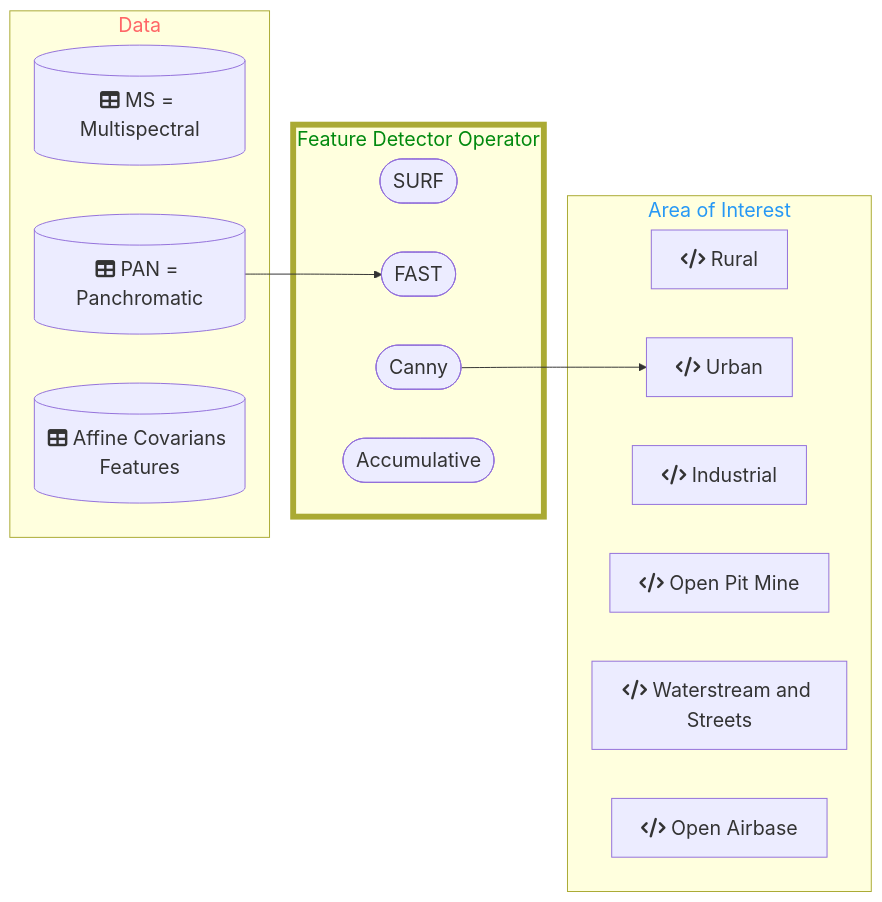
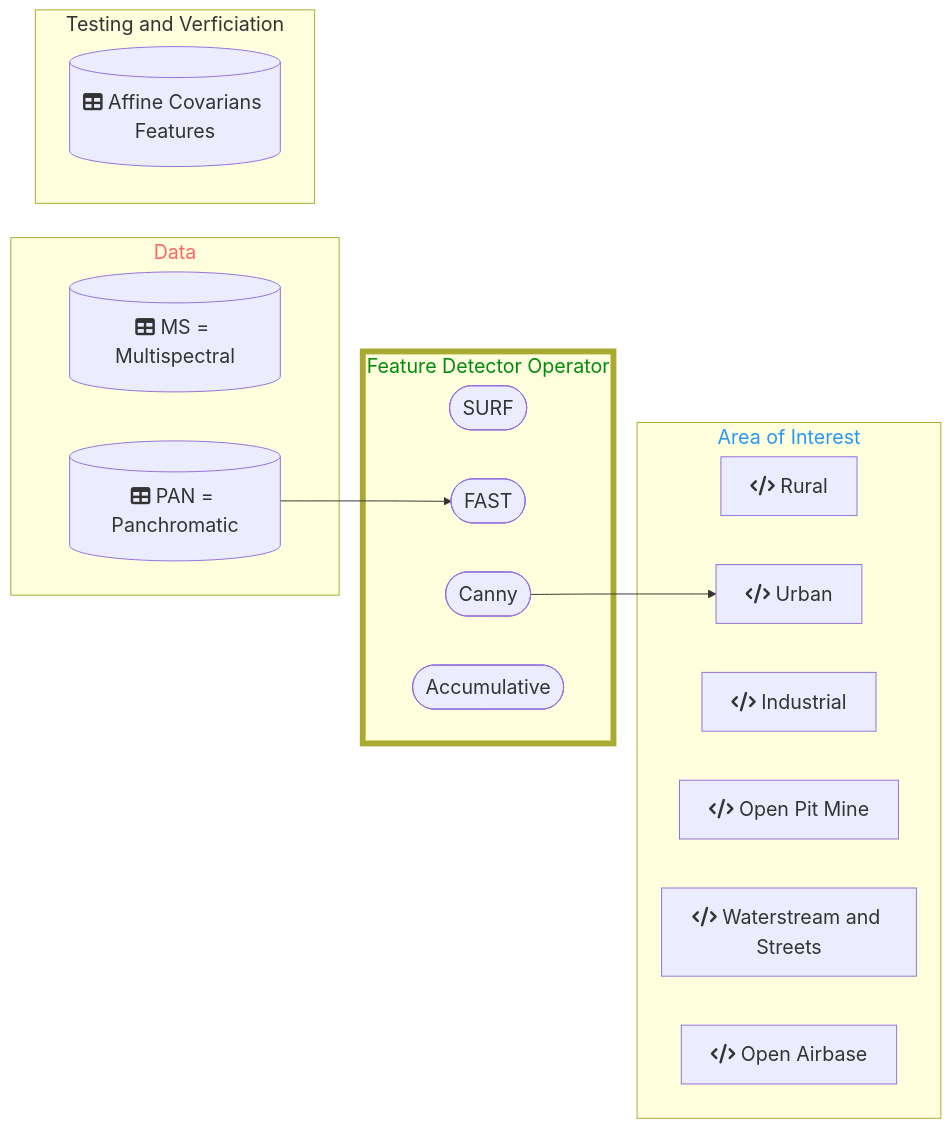
Before and after one commit to DippoldEJ/Feature-Detection-and-Explanation: the diagram in Application/README.md, drawn with Mermaid.

````diff
--- a/Application/README.md
+++ b/Application/README.md
@@ -13,40 +13,41 @@
 ```mermaid
 flowchart LR;
 %%{init: {
 	'themeVariables': { 'fontSize': '20px', 'fontFamily': 'Didot'}
 	}
 }%%
 
  subgraph n[Data]
         g[(fa:fa-table MS = Multispectral)]
         h[(fa:fa-table PAN = Panchromatic)]
-        i[(fa:fa-table Affine Covarians Features)]
     end
 
  subgraph o[Feature Detector Operator]
         j([SURF])
         k([FAST])
         l([Canny])
         m([Accumulative])
     end
 
 subgraph p[Area of Interest]
     a[fa:fa-code Rural]
     b[fa:fa-code Urban]
     c[fa:fa-code Industrial]
     d[fa:fa-code Open Pit Mine]
     e[fa:fa-code Waterstream and Streets]
     f[fa:fa-code Open Airbase]
     end
 
-
+ subgraph x[Testing and Verficiation]
+        z[(fa:fa-table Affine Covarians Features)]
+    end
 
 style n color:#f66
 style o stroke-width:6px
 style o color:#028A0F
 style p color:#2798F5
 
 h-->k
 l-->b
 
 ```
````
